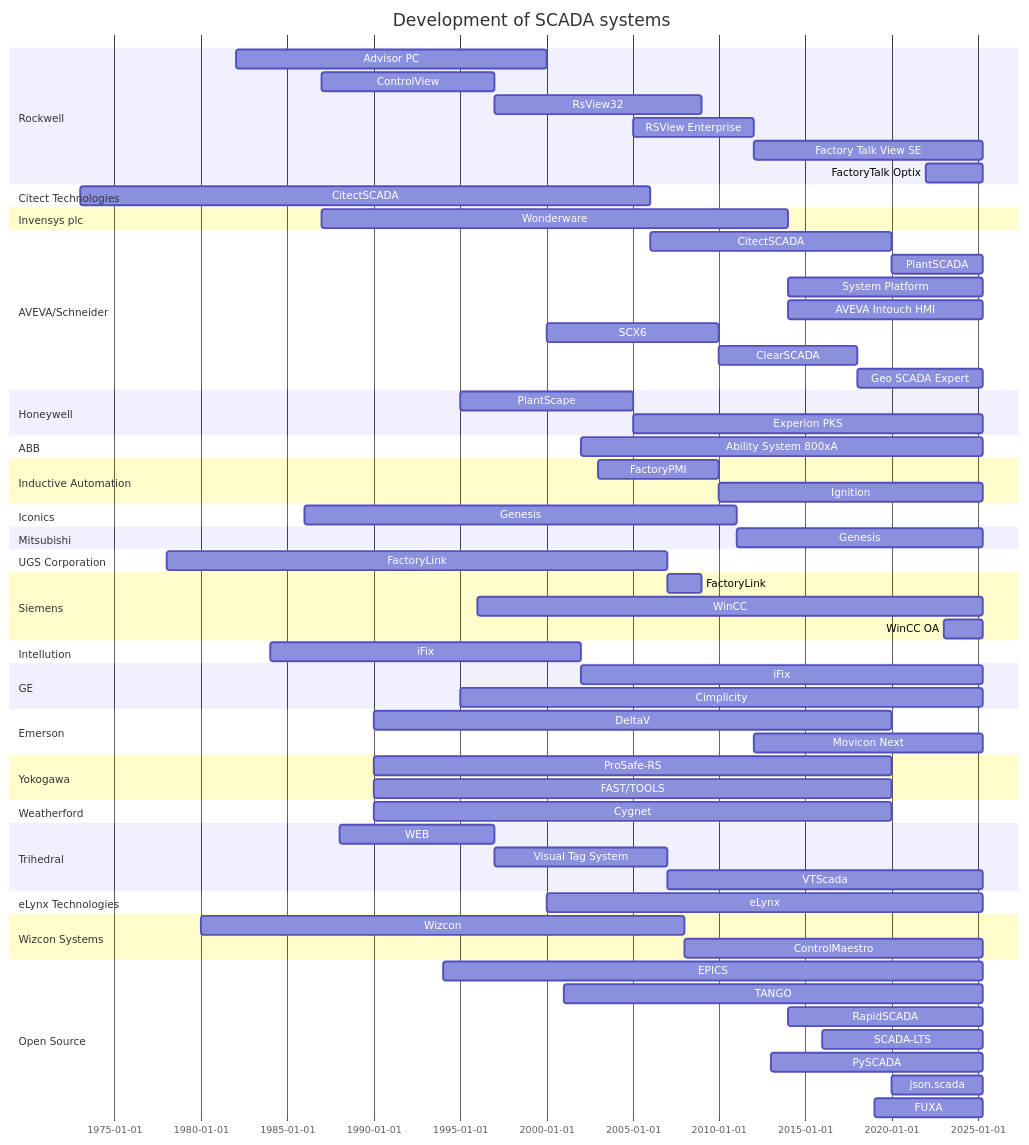
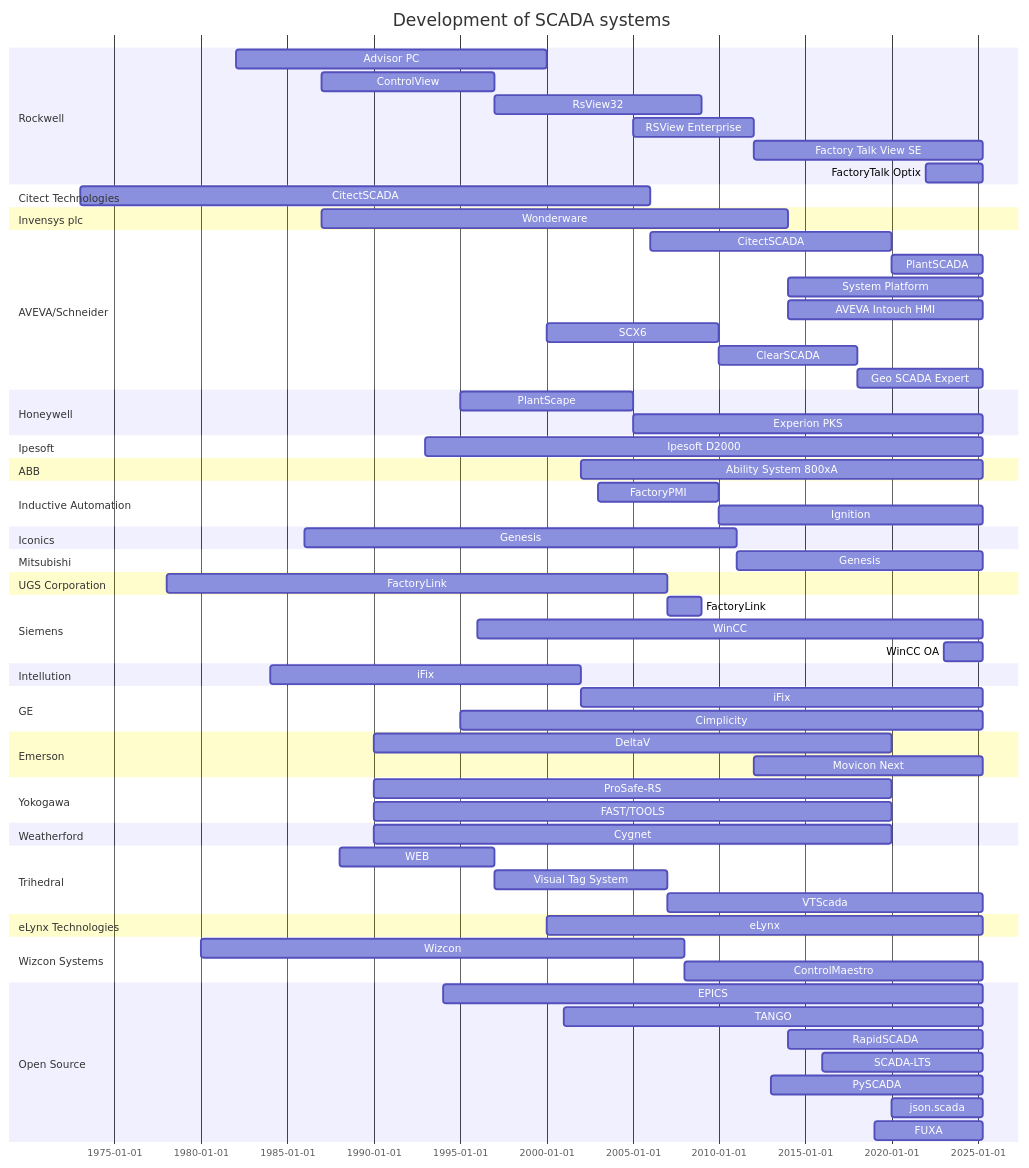
Before and after one commit to hutcheb/scada-timeline: the diagram in README.md, drawn with Mermaid.

Commit message:
feat: Add ipesoft D2000

```diff
--- a/README.md
+++ b/README.md
@@ -34,6 +34,10 @@
         %%(Estimates)
         PlantScape :plantscape, 1995, 2005
         Experion PKS: after plantscape, until 2025
+    section Ipesoft
+        %%(https://www.reddit.com/r/SCADA/comments/1jwldin/development_of_scada_systems/)
+        %%(Modula2 5 years, Ada)
+        Ipesoft D2000 :ipesoft, 1993, until 2025
     section ABB
         %%(https://de.wikipedia.org/wiki/800xA)
         Ability System 800xA : 2002, until 2025
```
